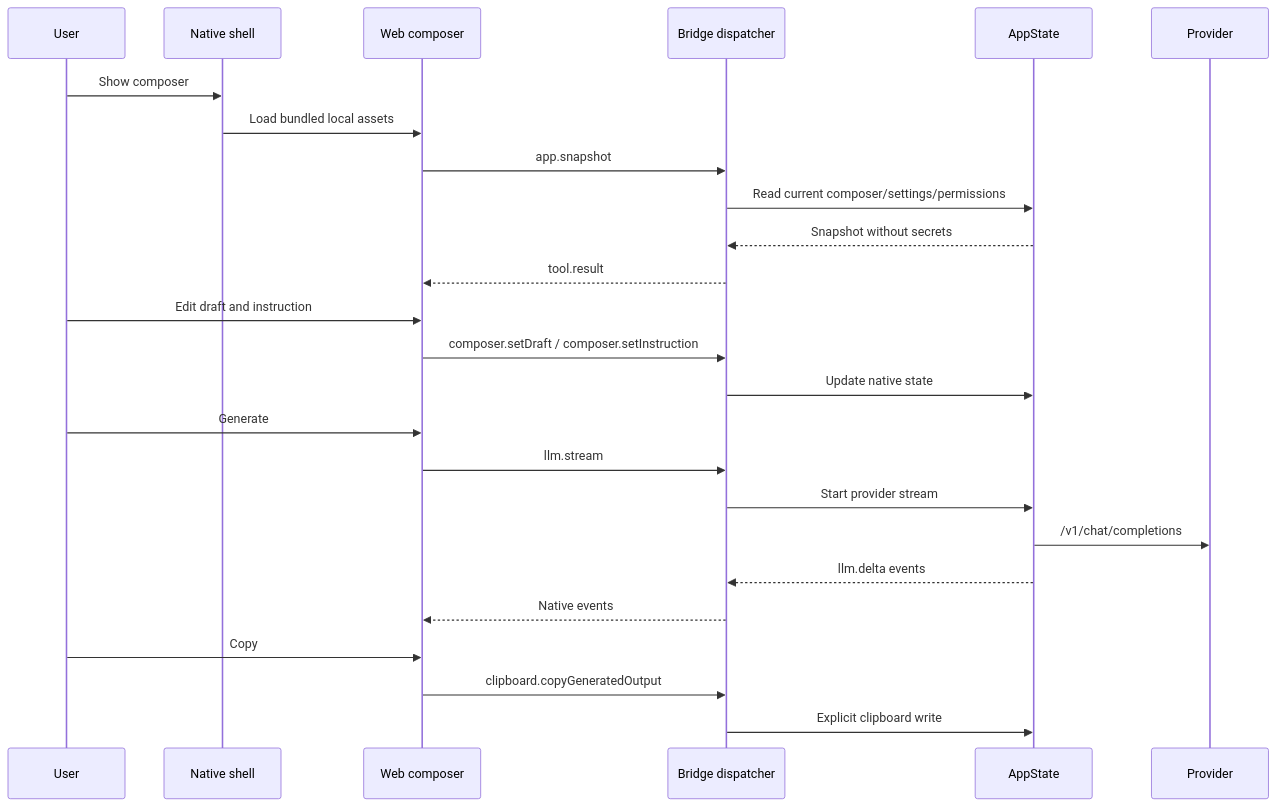
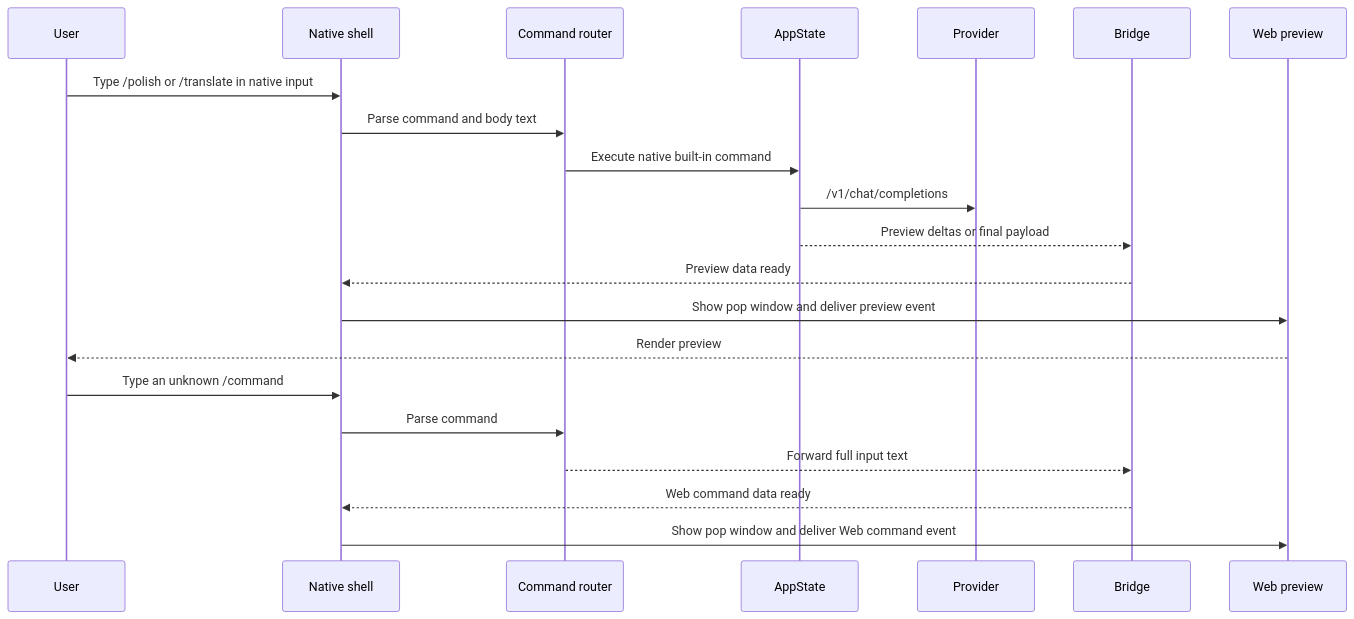
Before and after one commit to wnbotoo/Inputo: the fourth of 5 diagrams in docs/ARCHITECTURE.md, drawn with Mermaid. The commit also changed other lines of this file and 29 other files, not shown here.

Commit message:
feat: refactor UI, move preview to standalone view, move input field to native

````diff
--- a/docs/ARCHITECTURE.md
+++ b/docs/ARCHITECTURE.md
@@ -60,28 +91,24 @@
 ```mermaid
 sequenceDiagram
   participant U as User
   participant S as Native shell
-  participant W as Web composer
-  participant B as Bridge dispatcher
+  participant R as Command router
   participant A as AppState
   participant P as Provider
+  participant B as Bridge
+  participant W as Web preview
 
-  U->>S: Show composer
-  S->>W: Load bundled local assets
-  W->>B: app.snapshot
-  B->>A: Read current composer/settings/permissions
-  A-->>B: Snapshot without secrets
-  B-->>W: tool.result
-  U->>W: Edit draft and instruction
-  W->>B: composer.setDraft / composer.setInstruction
-  B->>A: Update native state
-  U->>W: Generate
-  W->>B: llm.stream
-  B->>A: Start provider stream
+  U->>S: Type /polish or /translate in native input
+  S->>R: Parse command and body text
+  R->>A: Execute native built-in command
   A->>P: /v1/chat/completions
-  A-->>B: llm.delta events
-  B-->>W: Native events
-  U->>W: Copy
-  W->>B: clipboard.copyGeneratedOutput
-  B->>A: Explicit clipboard write
+  A-->>B: Preview deltas or final payload
+  B-->>S: Preview data ready
+  S->>W: Show pop window and deliver preview event
+  W-->>U: Render preview
+  U->>S: Type an unknown /command
+  S->>R: Parse command
+  R-->>B: Forward full input text
+  B-->>S: Web command data ready
+  S->>W: Show pop window and deliver Web command event
 ```
````
